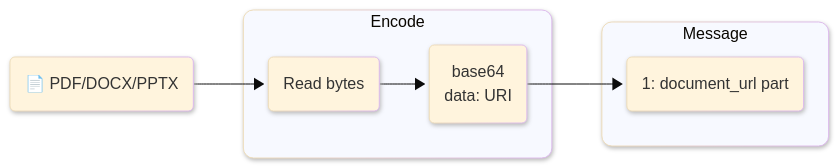
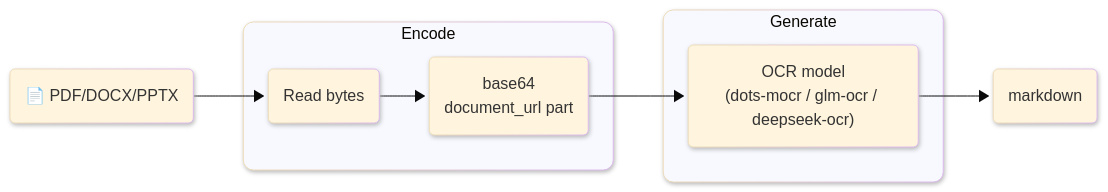
Diagram 26 of 31 in docs/encoders.md (vlm-run/mm), drawn with Mermaid (base theme) before and after one commit. The commit also changed other lines of this file and 10 other files, not shown here.

````diff
--- a/docs/encoders.md
+++ b/docs/encoders.md
@@ -751,18 +757,18 @@
 ```mermaid
 %%{init: {'look': 'neo'} }%%
 graph LR
   doc("📄 PDF/DOCX/PPTX")
 
   subgraph encode ["Encode"]
     read("Read bytes")
-    b64("base64\ndata: URI")
+    b64("base64\ndocument_url part")
   end
 
-  subgraph message ["Message"]
-    msgs("1: document_url part")
+  subgraph generate ["Generate"]
+    ocr("OCR model\n(dots-mocr / glm-ocr / deepseek-ocr)")
   end
 
-  doc --> read --> b64 --> msgs
+  doc --> read --> b64 --> ocr --> md("markdown")
   style encode rx:10px,ry:10px
-  style message rx:10px,ry:10px
+  style generate rx:10px,ry:10px
 ```
````
